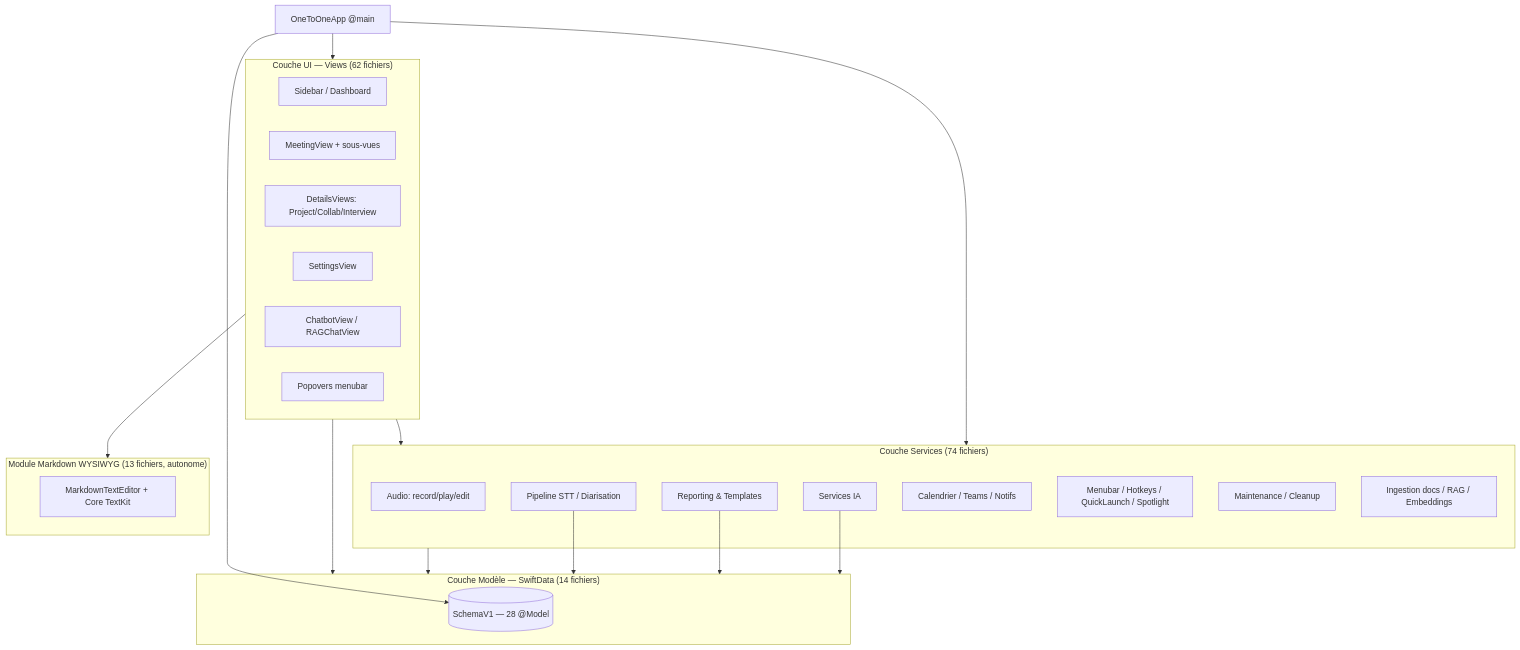
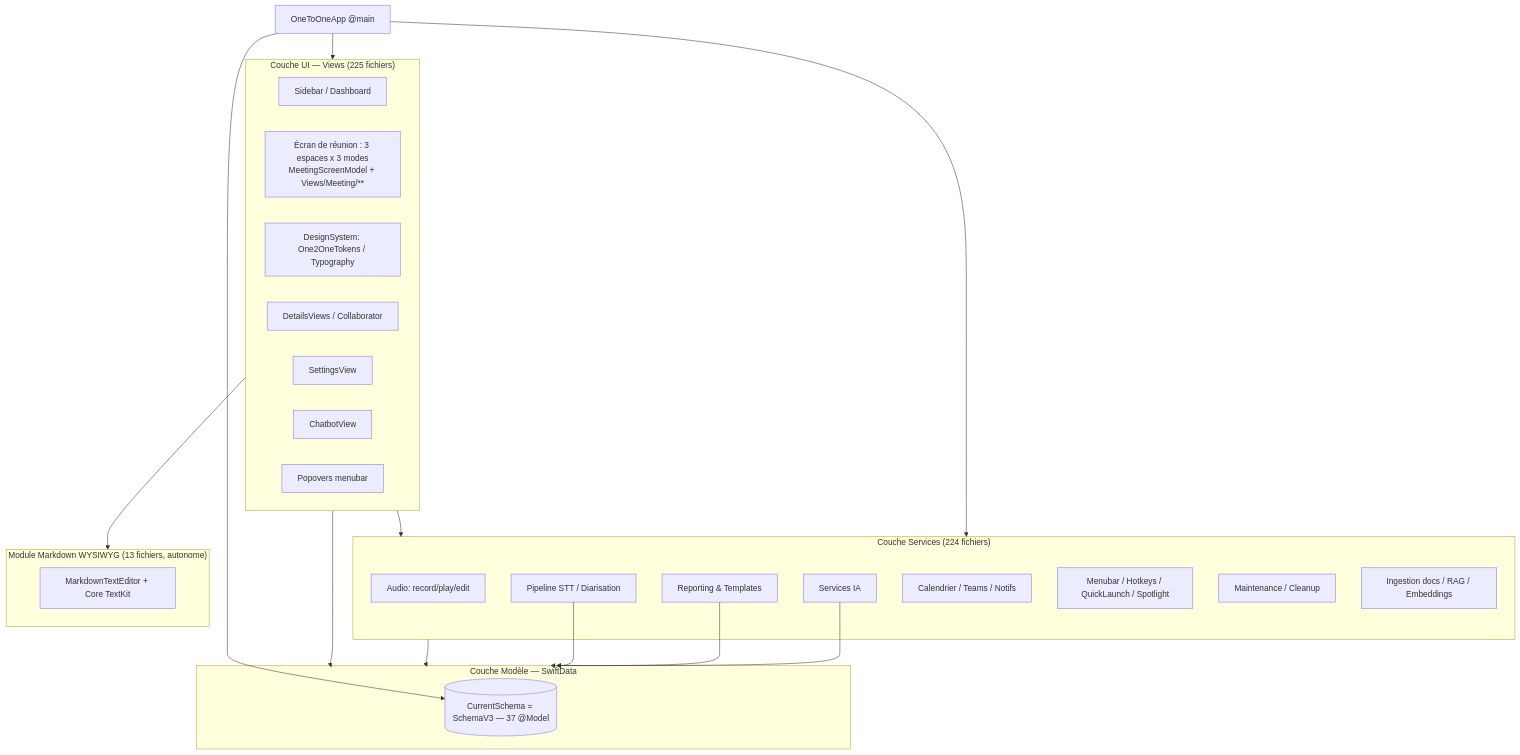
One commit to ldb2000/One2One changed the first of 5 diagrams in docs/architecture.md. Above: the diagram before and after it, drawn with Mermaid. The commit also changed other lines of this file, not shown here.

First line of the commit message:
docs(architecture): remettre §3, §5, §8, §9, §12 et §13 en accord avec le code (lot 19c)

````diff
--- a/docs/architecture.md
+++ b/docs/architecture.md
@@ -68,42 +68,43 @@
 ```mermaid
 graph TD
-    subgraph UI["Couche UI — Views (62 fichiers)"]
+    subgraph UI["Couche UI — Views (225 fichiers)"]
         SIDEBAR[Sidebar / Dashboard]
-        MEETING[MeetingView + sous-vues]
-        DETAILS[DetailsViews: Project/Collab/Interview]
+        MEETING["Écran de réunion : 3 espaces x 3 modes<br/>MeetingScreenModel + Views/Meeting/**"]
+        TOKENS[DesignSystem: One2OneTokens / Typography]
+        DETAILS[DetailsViews / Collaborator]
         SETTINGS[SettingsView]
-        CHATBOT[ChatbotView / RAGChatView]
+        CHATBOT[ChatbotView]
         MENUBAR_UI[Popovers menubar]
     end
 
-    subgraph SVC["Couche Services (74 fichiers)"]
+    subgraph SVC["Couche Services (224 fichiers)"]
         AI[Services IA]
         STT[Pipeline STT / Diarisation]
         REPORT[Reporting & Templates]
         AUDIO[Audio: record/play/edit]
         CAL[Calendrier / Teams / Notifs]
         SYS[Menubar / Hotkeys / QuickLaunch / Spotlight]
         MAINT[Maintenance / Cleanup]
         IMPORT[Ingestion docs / RAG / Embeddings]
     end
 
-    subgraph MODEL["Couche Modèle — SwiftData (14 fichiers)"]
-        SCHEMA[(SchemaV1 — 28 @Model)]
+    subgraph MODEL["Couche Modèle — SwiftData"]
+        SCHEMA[("CurrentSchema = SchemaV3 — 37 @Model")]
     end
 
     subgraph MD["Module Markdown WYSIWYG (13 fichiers, autonome)"]
         EDITOR[MarkdownTextEditor + Core TextKit]
     end
 
     UI --> SVC
     UI --> MODEL
     SVC --> MODEL
     UI --> MD
     STT --> MODEL
     REPORT --> MODEL
     AI --> MODEL
 
     APP[OneToOneApp @main] --> UI
     APP --> SVC
     APP --> SCHEMA
 ```
````
